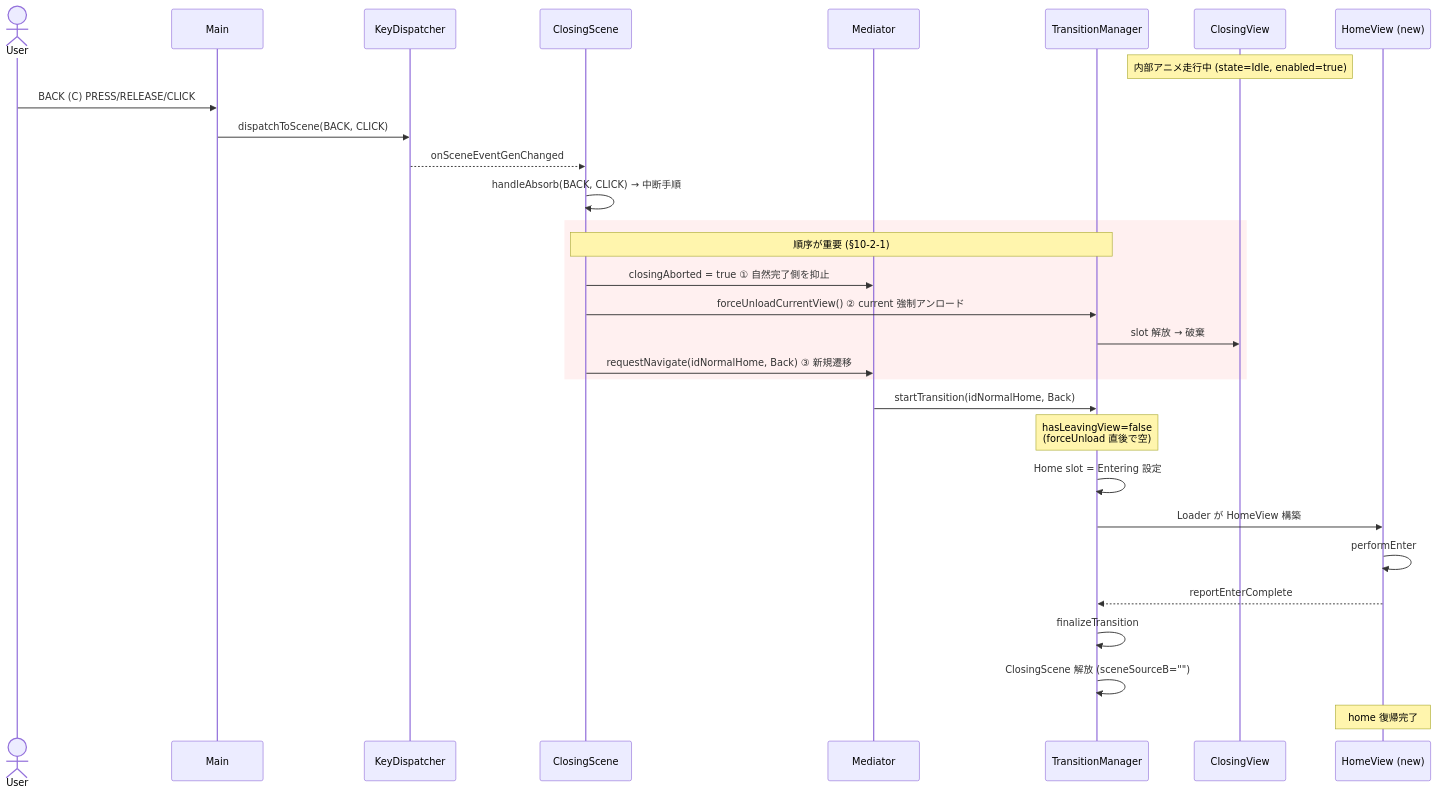
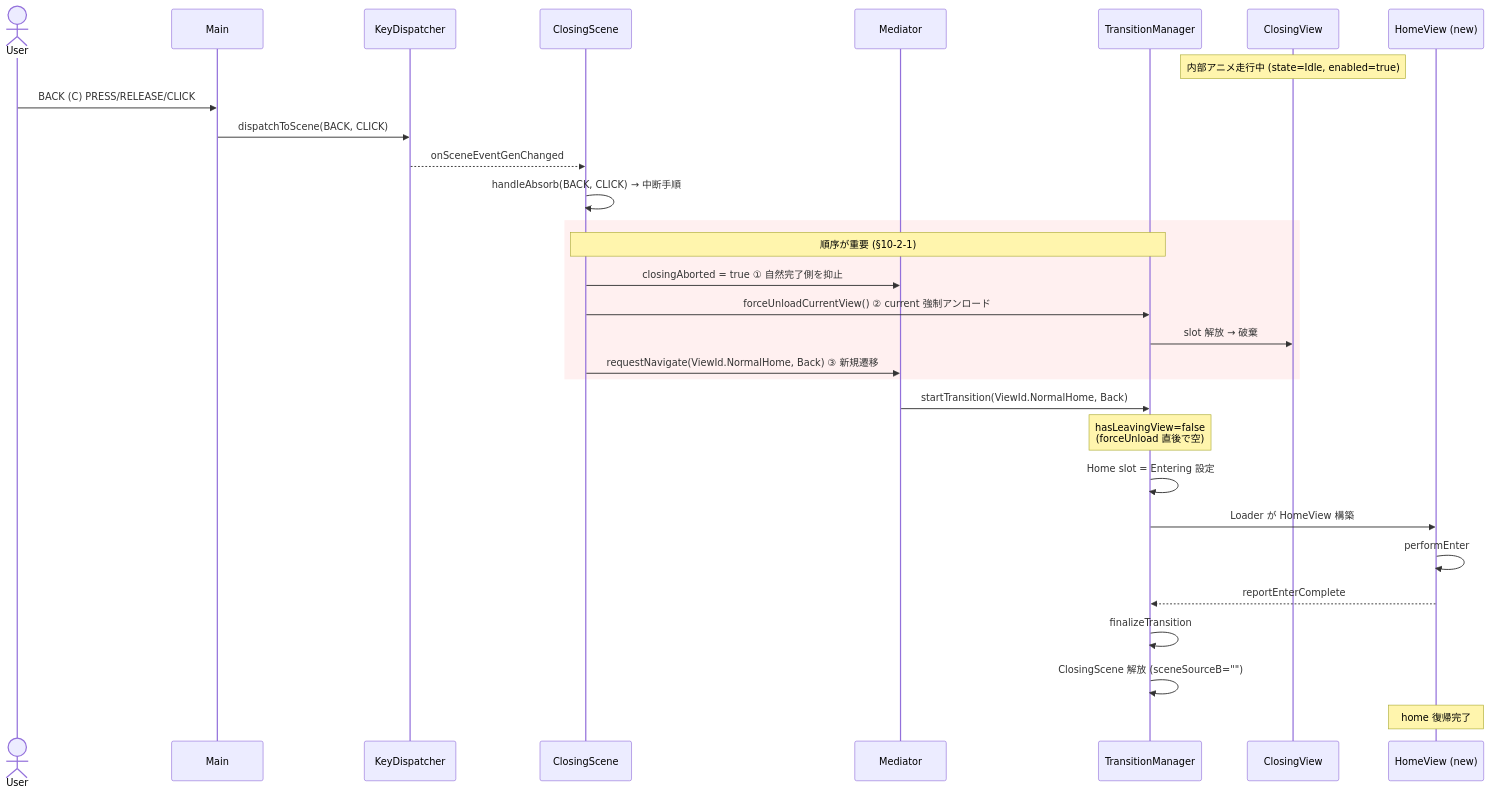
The seventh of 11 diagrams in docs/flows.md (yuya-kadono/qul-loader-navigation-poc), drawn with Mermaid before and after one commit. The commit also changed other lines of this file and 31 other files, not shown here.

````diff
--- a/docs/flows.md
+++ b/docs/flows.md
@@ -215,35 +227,35 @@
 ```mermaid
 sequenceDiagram
     actor User
     participant Main
     participant KD as KeyDispatcher
     participant CS as ClosingScene
     participant Med as Mediator
     participant TM as TransitionManager
     participant CV as ClosingView
     participant Home as HomeView (new)
 
     Note over CV: 内部アニメ走行中 (state=Idle, enabled=true)
     User->>Main: BACK (C) PRESS/RELEASE/CLICK
     Main->>KD: dispatchToScene(BACK, CLICK)
     KD-->>CS: onSceneEventGenChanged
     CS->>CS: handleAbsorb(BACK, CLICK) → 中断手順
 
     rect rgb(255, 240, 240)
     Note over CS,TM: 順序が重要 (§10-2-1)
     CS->>Med: closingAborted = true ① 自然完了側を抑止
     CS->>TM: forceUnloadCurrentView() ② current 強制アンロード
     TM->>CV: slot 解放 → 破棄
-    CS->>Med: requestNavigate(idNormalHome, Back) ③ 新規遷移
+    CS->>Med: requestNavigate(ViewId.NormalHome, Back) ③ 新規遷移
     end
 
-    Med->>TM: startTransition(idNormalHome, Back)
+    Med->>TM: startTransition(ViewId.NormalHome, Back)
     Note over TM: hasLeavingView=false<br>(forceUnload 直後で空)
     TM->>TM: Home slot = Entering 設定
     TM->>Home: Loader が HomeView 構築
     Home->>Home: performEnter
     Home-->>TM: reportEnterComplete
     TM->>TM: finalizeTransition
     TM->>TM: ClosingScene 解放 (sceneSourceB="")
     Note over Home: home 復帰完了
 ```
````
